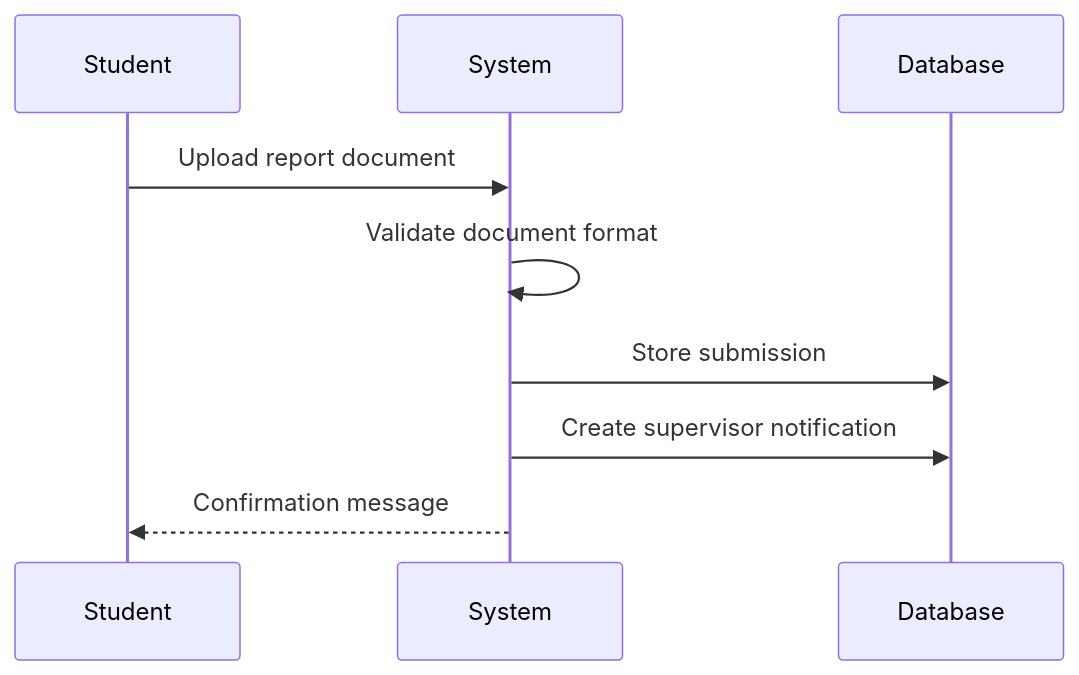
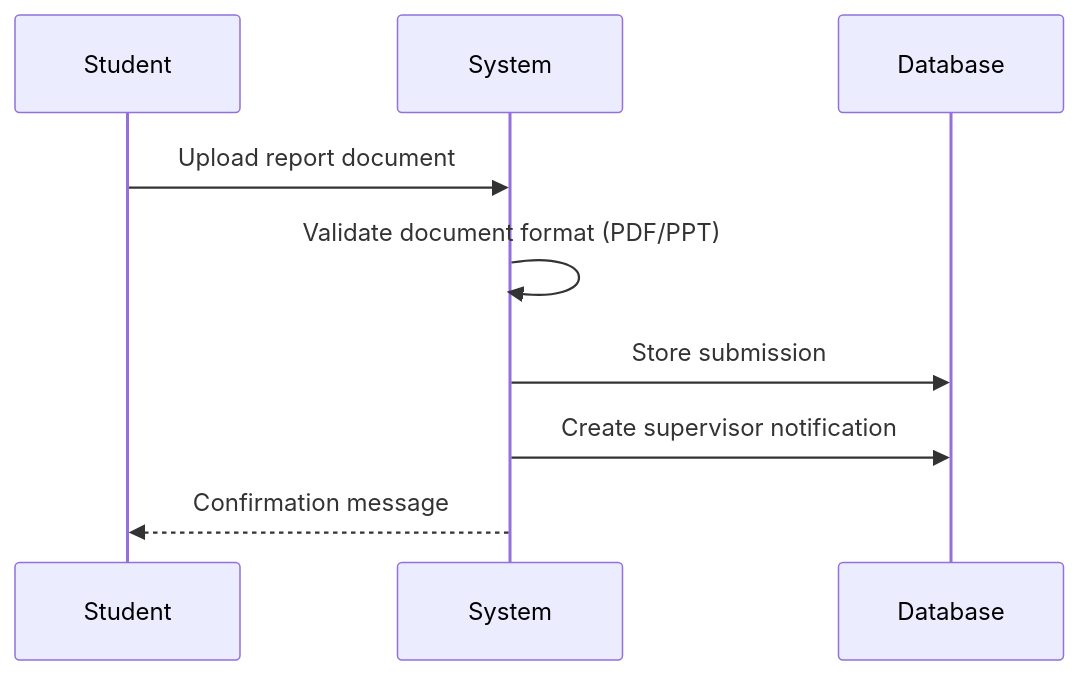
One commit to abdullah2323442/thesisrepo-backup changed the fourth of 42 diagrams in sequence.md. Above: the diagram before and after it, drawn with Mermaid. The commit also changed other lines of this file, not shown here.

````diff
--- a/sequence.md
+++ b/sequence.md
@@ -66,12 +105,12 @@
 ```mermaid
 sequenceDiagram
     participant Student
     participant System
     participant Database
 
     Student->>System: Upload report document
-    System->>System: Validate document format
+    System->>System: Validate document format (PDF/PPT)
     System->>Database: Store submission
     System->>Database: Create supervisor notification
     System-->>Student: Confirmation message
 ```
````
